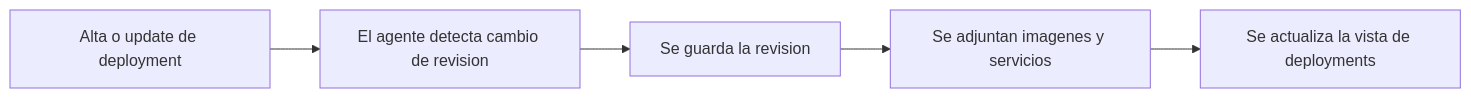
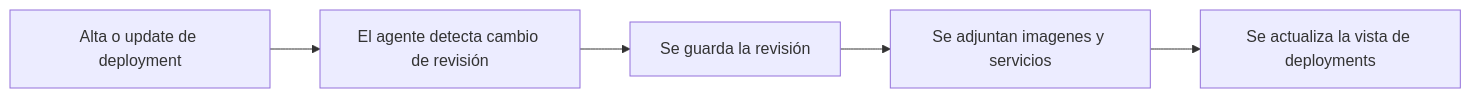
The second of 2 diagrams in src/content/docs/es/deployments/index.md (Moonin-Lab/Moonin-Docs), drawn with Mermaid before and after one commit. The commit also changed other lines of this file and 84 other files, not shown here.

````diff
--- a/src/content/docs/es/deployments/index.md
+++ b/src/content/docs/es/deployments/index.md
@@ -57,10 +57,10 @@
 ```mermaid
 flowchart LR
     A[Alta o update de deployment]
-    B[El agente detecta cambio de revision]
-    C[Se guarda la revision]
+    B[El agente detecta cambio de revisión]
+    C[Se guarda la revisión]
     D[Se adjuntan imagenes y servicios]
     E[Se actualiza la vista de deployments]
 
     A --> B --> C --> D --> E
 ```
````
